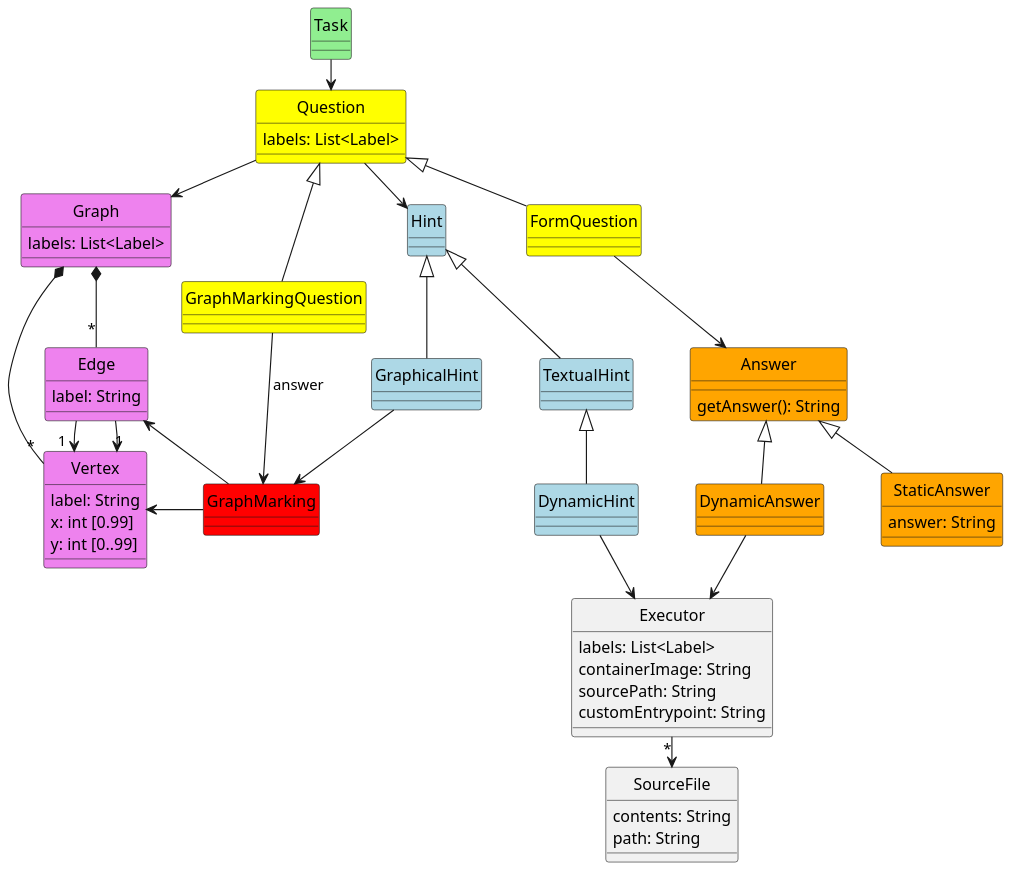
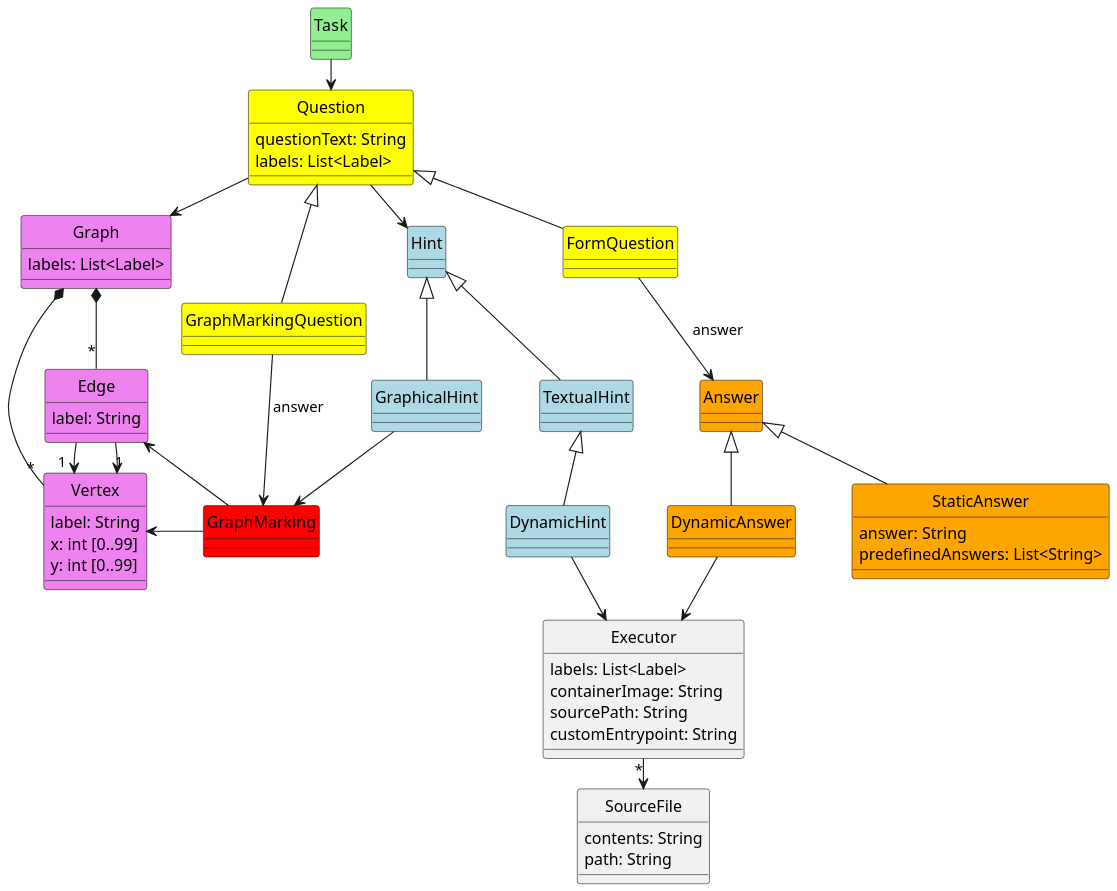
The diagram in src/main/rework.puml (MathGrass/mathgrass-api), drawn with PlantUML before and after one commit. The commit also changed other lines of this file and 2 other files, not shown here.

Commit message:
dev: Add first iteration for FormQuestions and their Answers

```diff
--- a/src/main/rework.puml
+++ b/src/main/rework.puml
@@ -1,91 +1,92 @@
 @startuml
 hide circle
 skinparam shadowing false
 skinparam monochrome false
 skinparam classAttributeIconSize 0
 skinparam nodesep 50
 skinparam ranksep 25
 scale 1.5
 
 class Task #lightgreen
 
 Task --> Question
 
 class Question #yellow {
+    questionText: String
     labels: List<Label>
 }
 class GraphMarkingQuestion #yellow
 class FormQuestion #yellow
 
 Question <|-- FormQuestion
 Question <|-- GraphMarkingQuestion
 
 class Answer #orange {
-    getAnswer(): String
 }
 class StaticAnswer #orange {
     answer: String
+    predefinedAnswers: List<String>
 }
 class DynamicAnswer #orange
 
 Answer <|-- StaticAnswer
 Answer <|-- DynamicAnswer
 
 class Hint #lightblue
 Question --> Hint
 
 class TextualHint #lightblue
 class DynamicHint #lightblue
 class GraphicalHint #lightblue
 
 Hint <|-- TextualHint
 TextualHint <|-- DynamicHint
 Hint <|-- GraphicalHint
 
 class GraphMarking #red
 
-FormQuestion --> Answer
+FormQuestion --> Answer : answer
 GraphMarkingQuestion --> GraphMarking : answer
 GraphicalHint --> GraphMarking
 
 GraphMarking -left-> Vertex
 GraphMarking -left-> Edge
 
 class Graph #violet{
     labels: List<Label>
 }
 
 class Edge #violet {
     label: String
 }
 class Vertex #violet {
     label: String
-    x: int [0.99]
+    x: int [0..99]
     y: int [0..99]
 }
 Graph *-- "*" Edge
 Graph *-- "*" Vertex
 Edge --> "1" Vertex
 Edge --> "1" Vertex
 
 Question --> Graph
 
 class Executor {
     labels: List<Label>
     containerImage: String
     sourcePath: String
     customEntrypoint: String
 }
 
 Executor --> "*" SourceFile
 
 class SourceFile {
     contents: String
     path: String
 }
 
 DynamicHint --> Executor
 DynamicAnswer --> Executor
 
 
 @enduml
```
